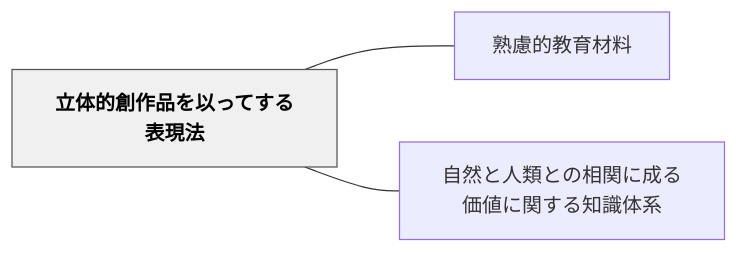
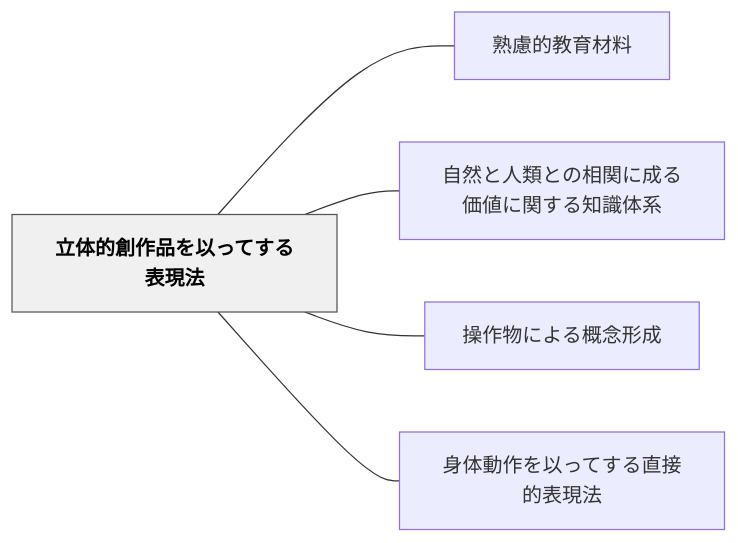
Before and after one commit to unknownthings-ed-patterns/unknownthings-ed-patterns: the diagram in content/パタン/立体的創作品を以ってする表現法.md, drawn with Mermaid. The commit also changed other lines of this file and 100 other files, not shown here.

````diff
--- a/content/パタン/立体的創作品を以ってする表現法.md
+++ b/content/パタン/立体的創作品を以ってする表現法.md
@@ -43,12 +45,16 @@
 ```mermaid
 flowchart LR
     ne7ab8be4bd93e79a84e589b5e4bd9ce59381e38292e4bba5e381a3e381a6e38199e3828be8a1a8e78fbee6b395["立体的創作品を以ってする表現法"]
     ne7869fe685aee79a84e69599e882b2e69d90e69699["熟慮的教育材料"]
     ne887aae784b6e381a8e4babae9a19ee381a8e381aee79bb8e996a2e381abe68890e3828be4bea1e580a4e381abe996a2e38199e3828be79fa5e8ad98e4bd93e7b3bb["自然と人類との相関に成る価値に関する知識体系"]
+    ne6938de4bd9ce789a9e381abe38288e3828be6a682e5bfb5e5bda2e68890["操作物による概念形成"]
+    ne8baabe4bd93e58b95e4bd9ce38292e4bba5e381a3e381a6e38199e3828be79bb4e68ea5e79a84e8a1a8e78fbee6b395["身体動作を以ってする直接的表現法"]
 
     ne7ab8be4bd93e79a84e589b5e4bd9ce59381e38292e4bba5e381a3e381a6e38199e3828be8a1a8e78fbee6b395 --- ne7869fe685aee79a84e69599e882b2e69d90e69699
     ne7ab8be4bd93e79a84e589b5e4bd9ce59381e38292e4bba5e381a3e381a6e38199e3828be8a1a8e78fbee6b395 --- ne887aae784b6e381a8e4babae9a19ee381a8e381aee79bb8e996a2e381abe68890e3828be4bea1e580a4e381abe996a2e38199e3828be79fa5e8ad98e4bd93e7b3bb
+    ne7ab8be4bd93e79a84e589b5e4bd9ce59381e38292e4bba5e381a3e381a6e38199e3828be8a1a8e78fbee6b395 --- ne6938de4bd9ce789a9e381abe38288e3828be6a682e5bfb5e5bda2e68890
+    ne7ab8be4bd93e79a84e589b5e4bd9ce59381e38292e4bba5e381a3e381a6e38199e3828be8a1a8e78fbee6b395 --- ne8baabe4bd93e58b95e4bd9ce38292e4bba5e381a3e381a6e38199e3828be79bb4e68ea5e79a84e8a1a8e78fbee6b395
 
     classDef hub fill:#f0f0f0,stroke:#555,color:#000,font-weight:bold
     class ne7ab8be4bd93e79a84e589b5e4bd9ce59381e38292e4bba5e381a3e381a6e38199e3828be8a1a8e78fbee6b395 hub
 ```
````
